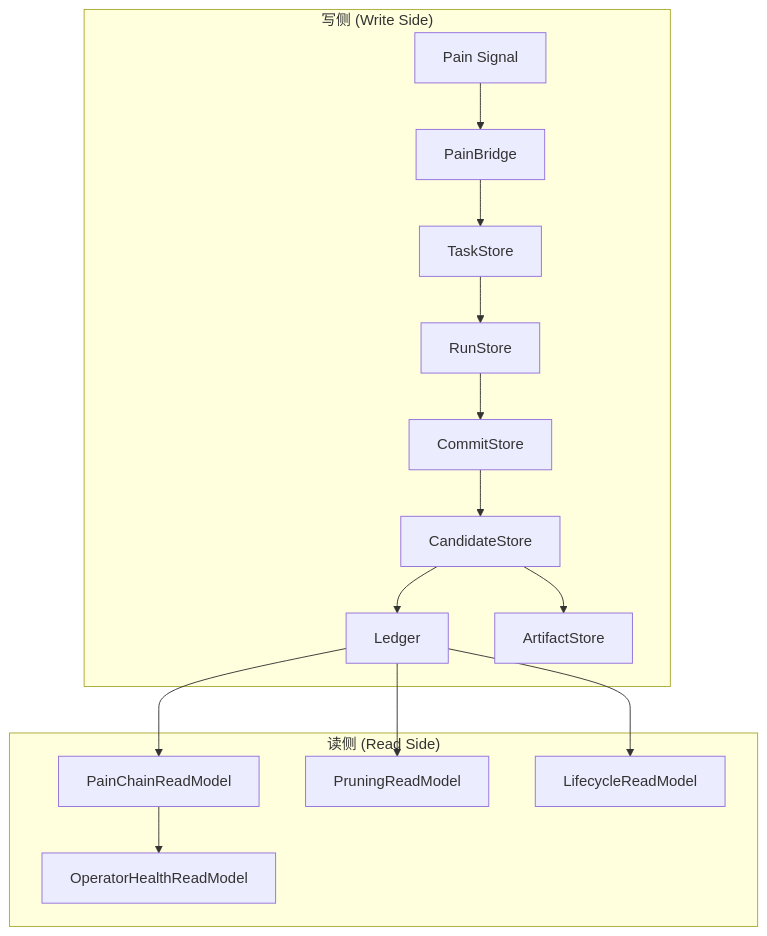
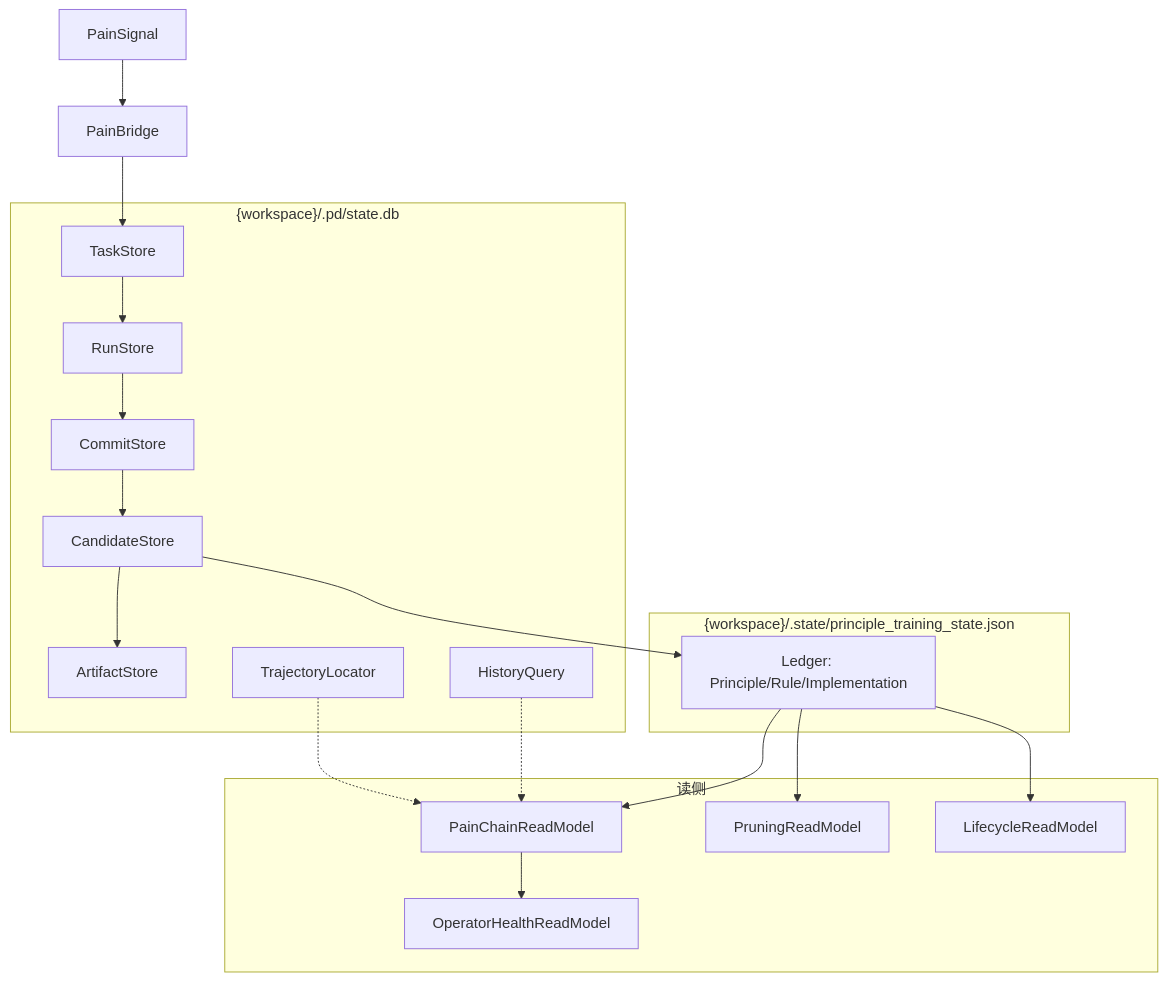
One commit to csuzngjh/principles changed the diagram in docs/architecture/DATA_ARCHITECTURE.md. Above: the diagram before and after it, drawn with Mermaid. The commit also changed other lines of this file and 4 other files, not shown here.

First line of the commit message:
docs(architecture): 修复评审发现的代码锚点/存储路径/实现状态不一致

````diff
--- a/docs/architecture/DATA_ARCHITECTURE.md
+++ b/docs/architecture/DATA_ARCHITECTURE.md
@@ -243,32 +125,37 @@
 ```mermaid
 flowchart TD
-    subgraph WriteSide["写侧 (Write Side)"]
-        PS[Pain Signal]
-        PB[PainBridge]
+    subgraph SQLite["{workspace}/.pd/state.db"]
         TS[TaskStore]
         RS[RunStore]
         CS[CommitStore]
         CAN[CandidateStore]
-        LED[Ledger]
         ART[ArtifactStore]
+        HQ[HistoryQuery]
+        TL[TrajectoryLocator]
     end
 
-    subgraph ReadSide["读侧 (Read Side)"]
+    subgraph JSON["{workspace}/.state/principle_training_state.json"]
+        LED[Ledger: Principle/Rule/Implementation]
+    end
+
+    subgraph ReadModels["读侧"]
         PCRM[PainChainReadModel]
         PRM[PruningReadModel]
         LRM[LifecycleReadModel]
         OHRM[OperatorHealthReadModel]
     end
 
-    PS --> PB
+    PS[PainSignal] --> PB[PainBridge]
     PB --> TS
     TS --> RS
     RS --> CS
     CS --> CAN
     CAN --> LED
     CAN --> ART
     LED --> PCRM
     LED --> PRM
     LED --> LRM
     PCRM --> OHRM
+    HQ -.-> PCRM
+    TL -.-> PCRM
 ```
````
